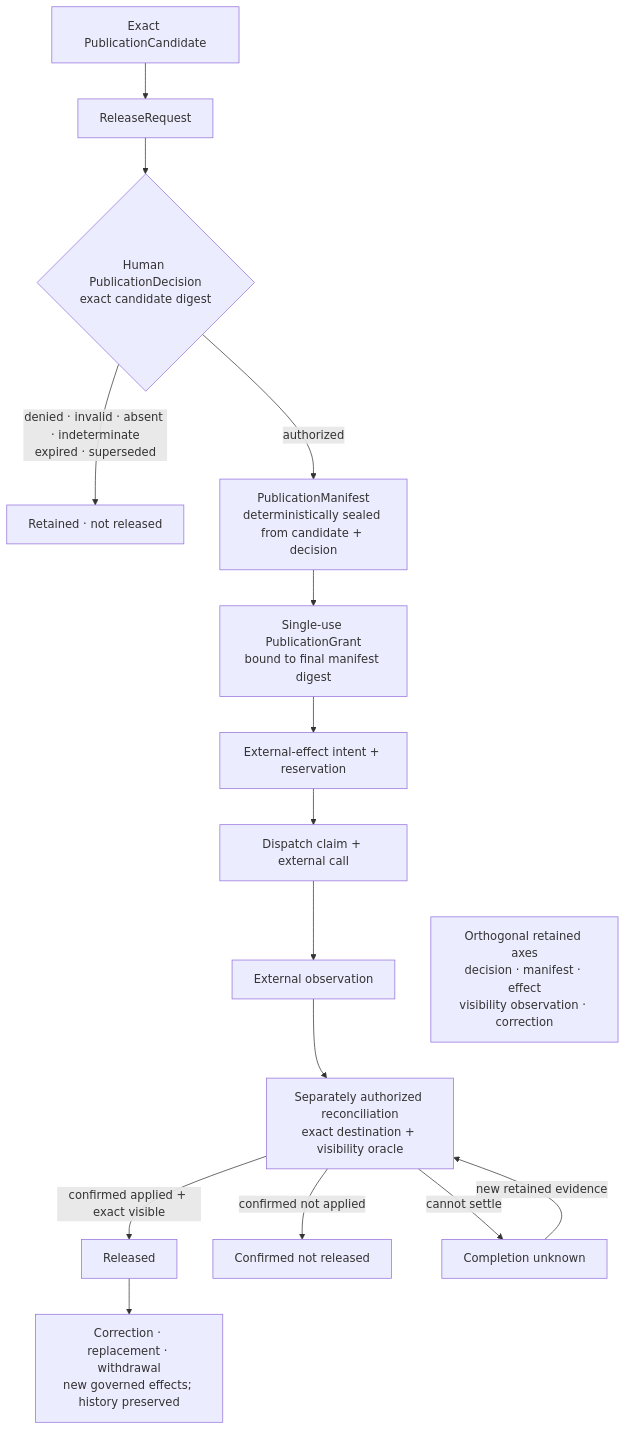
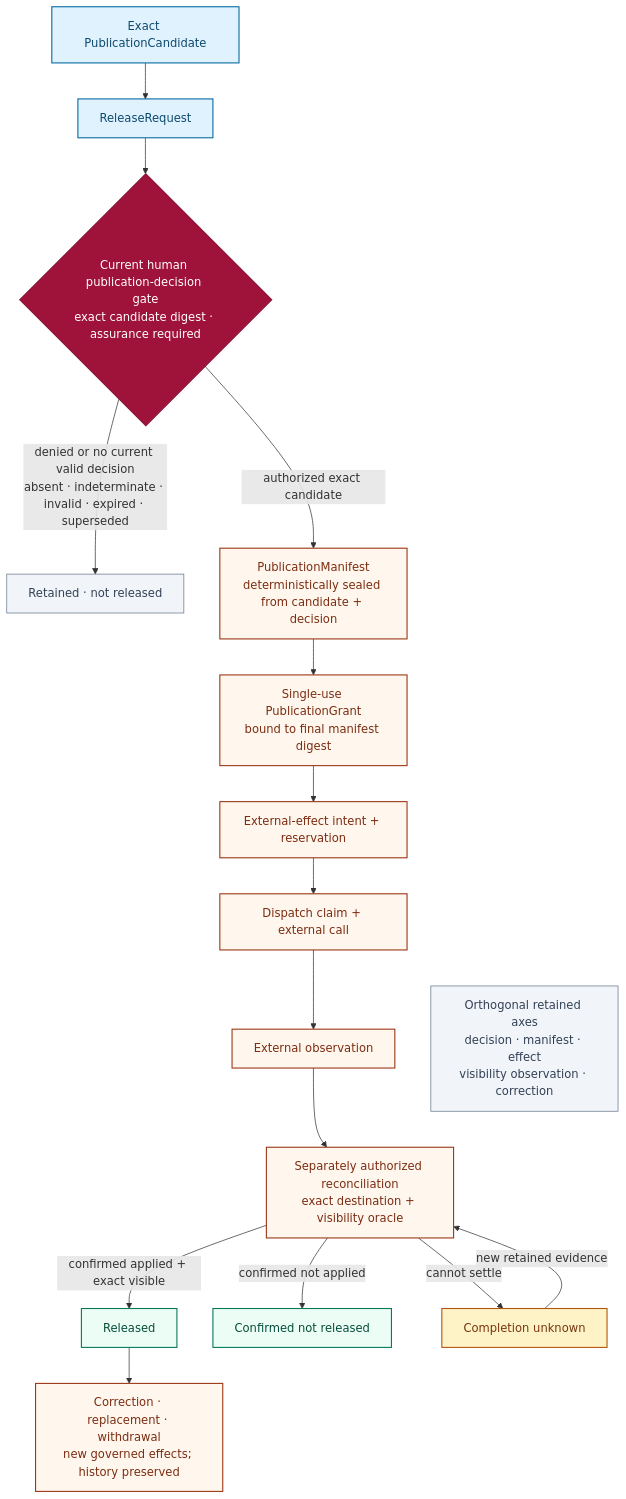
Before and after one commit to manfromnowhere143/odeya: the third of 3 diagrams in docs/ARCHITECTURE.md, drawn with Mermaid. The commit also changed other lines of this file and 21 other files, not shown here.

Commit message:
architecture: gate frontier research value claims

````diff
--- a/docs/ARCHITECTURE.md
+++ b/docs/ARCHITECTURE.md
@@ -227,20 +259,36 @@
 ```mermaid
 flowchart TB
+    accTitle: Governed publication and external-release sequence
+    accDescr: An exact publication candidate passes a current human publication-decision gate before deterministic sealing, a single-use grant, dispatch, observation, and separately authorized reconciliation. Settlement remains released, confirmed not released, or completion unknown, with corrections handled as new governed effects.
+
     PC[Exact PublicationCandidate] --> RQ[ReleaseRequest]
-    RQ --> D{Human PublicationDecision<br/>exact candidate digest}
-    D -->|denied · invalid · absent · indeterminate<br/>expired · superseded| NR[Retained · not released]
-    D -->|authorized| M[PublicationManifest<br/>deterministically sealed from candidate + decision]
+    RQ --> D{Current human publication-decision gate<br/>exact candidate digest · assurance required}
+    D -->|denied or no current valid decision<br/>absent · indeterminate · invalid · expired · superseded| NR[Retained · not released]
+    D -->|authorized exact candidate| M[PublicationManifest<br/>deterministically sealed from candidate + decision]
     M --> G[Single-use PublicationGrant<br/>bound to final manifest digest]
     G --> E[External-effect intent + reservation]
     E --> DS[Dispatch claim + external call]
     DS --> O[External observation]
     O --> RC[Separately authorized reconciliation<br/>exact destination + visibility oracle]
     RC -->|confirmed applied + exact visible| REL[Released]
     RC -->|confirmed not applied| CNA[Confirmed not released]
     RC -->|cannot settle| UNK[Completion unknown]
     UNK -->|new retained evidence| RC
     REL --> CW[Correction · replacement · withdrawal<br/>new governed effects; history preserved]
 
     AX["Orthogonal retained axes<br/>decision · manifest · effect<br/>visibility observation · correction"]
     AX ~~~ RC
+
+    classDef candidate fill:#E0F2FE,stroke:#0369A1,stroke-width:1.5px,color:#0C4A6E
+    classDef gate fill:#9F1239,stroke:#881337,stroke-width:1.5px,color:#FFFFFF
+    classDef release fill:#FFF7ED,stroke:#9A3412,stroke-width:1.5px,color:#7C2D12
+    classDef settled fill:#ECFDF5,stroke:#047857,stroke-width:1.5px,color:#064E3B
+    classDef unknown fill:#FEF3C7,stroke:#B45309,stroke-width:1.5px,color:#78350F
+    classDef retained fill:#F1F5F9,stroke:#64748B,stroke-width:1px,color:#334155
+    class PC,RQ candidate
+    class D gate
+    class M,G,E,DS,O,RC,CW release
+    class REL,CNA settled
+    class UNK unknown
+    class NR,AX retained
 ```
````
